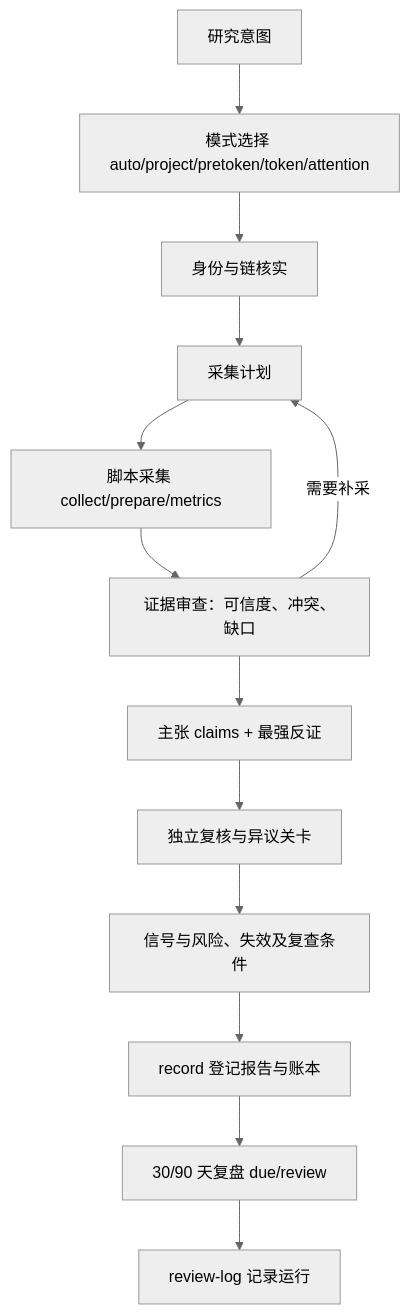
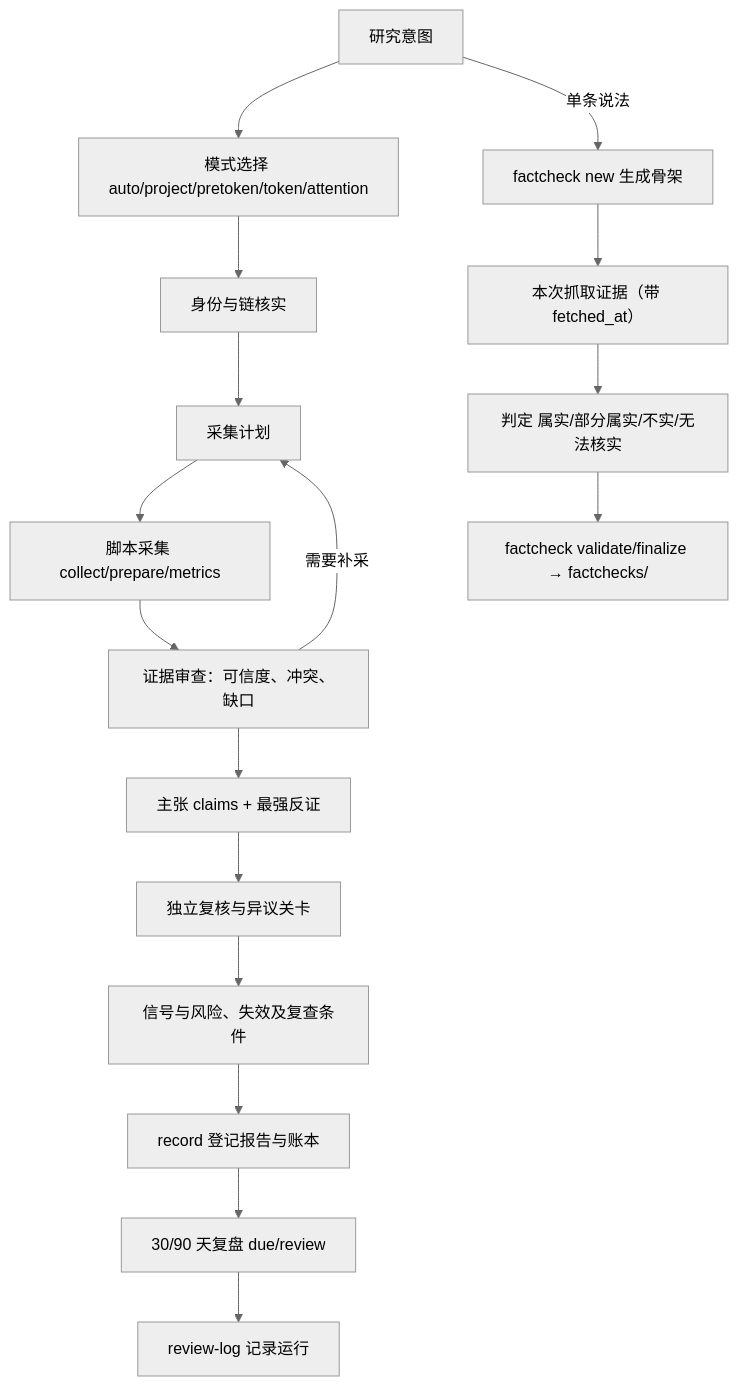
One commit to 0xcjl/crypto-research changed the diagram in README.md. Above: the diagram before and after it, drawn with Mermaid (neutral theme). The commit also changed other lines of this file and 13 other files, not shown here.

````diff
--- a/README.md
+++ b/README.md
@@ -72,15 +75,19 @@
 ```mermaid
 flowchart TD
     A["研究意图"] --> B["模式选择 auto/project/pretoken/token/attention"]
     B --> C["身份与链核实"]
     C --> D["采集计划"]
     D --> E["脚本采集 collect/prepare/metrics"]
     E --> F["证据审查：可信度、冲突、缺口"]
     F -->|需要补采| D
     F --> G["主张 claims + 最强反证"]
     G --> H["独立复核与异议关卡"]
     H --> I["信号与风险、失效及复查条件"]
     I --> J["record 登记报告与账本"]
     J --> K["30/90 天复盘 due/review"]
     K --> L["review-log 记录运行"]
+    A -->|单条说法| FC1["factcheck new 生成骨架"]
+    FC1 --> FC2["本次抓取证据（带 fetched_at）"]
+    FC2 --> FC3["判定 属实/部分属实/不实/无法核实"]
+    FC3 --> FC4["factcheck validate/finalize → factchecks/"]
 ```
````
